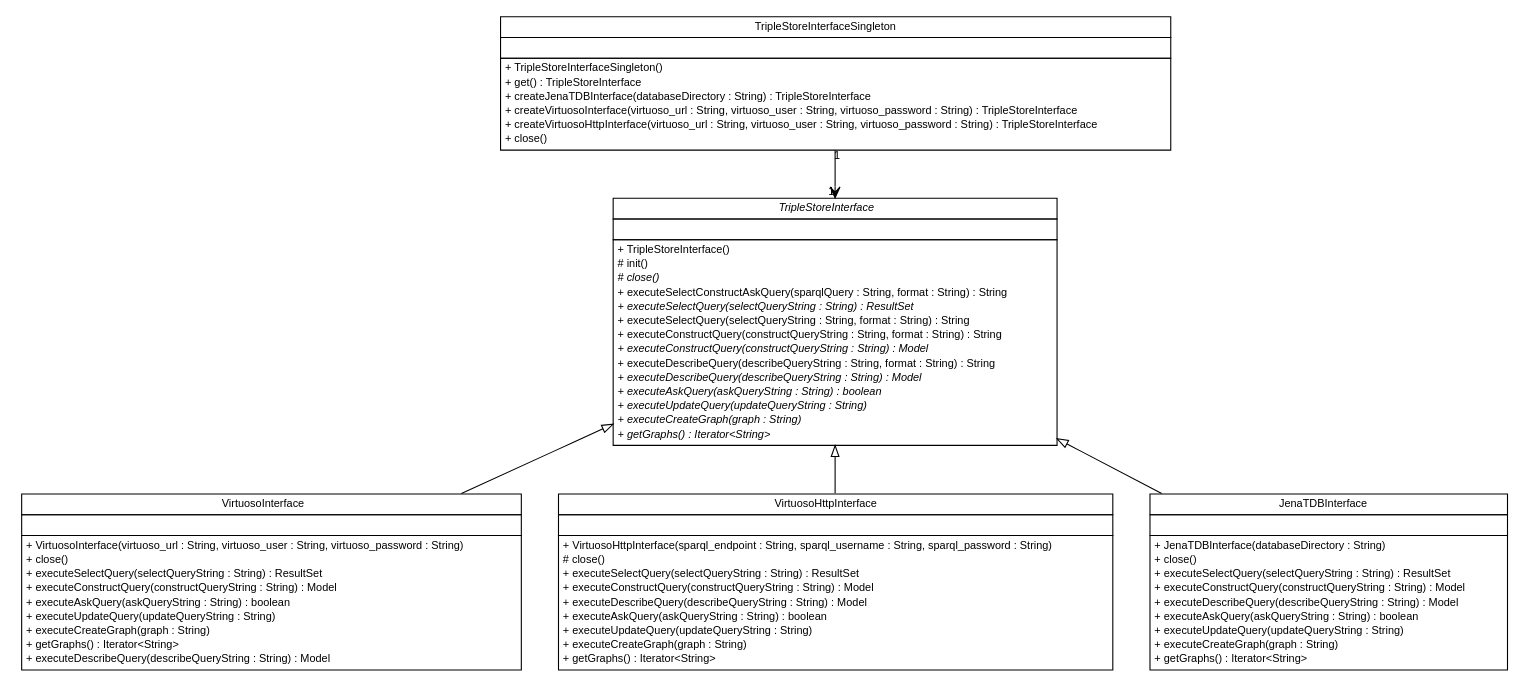
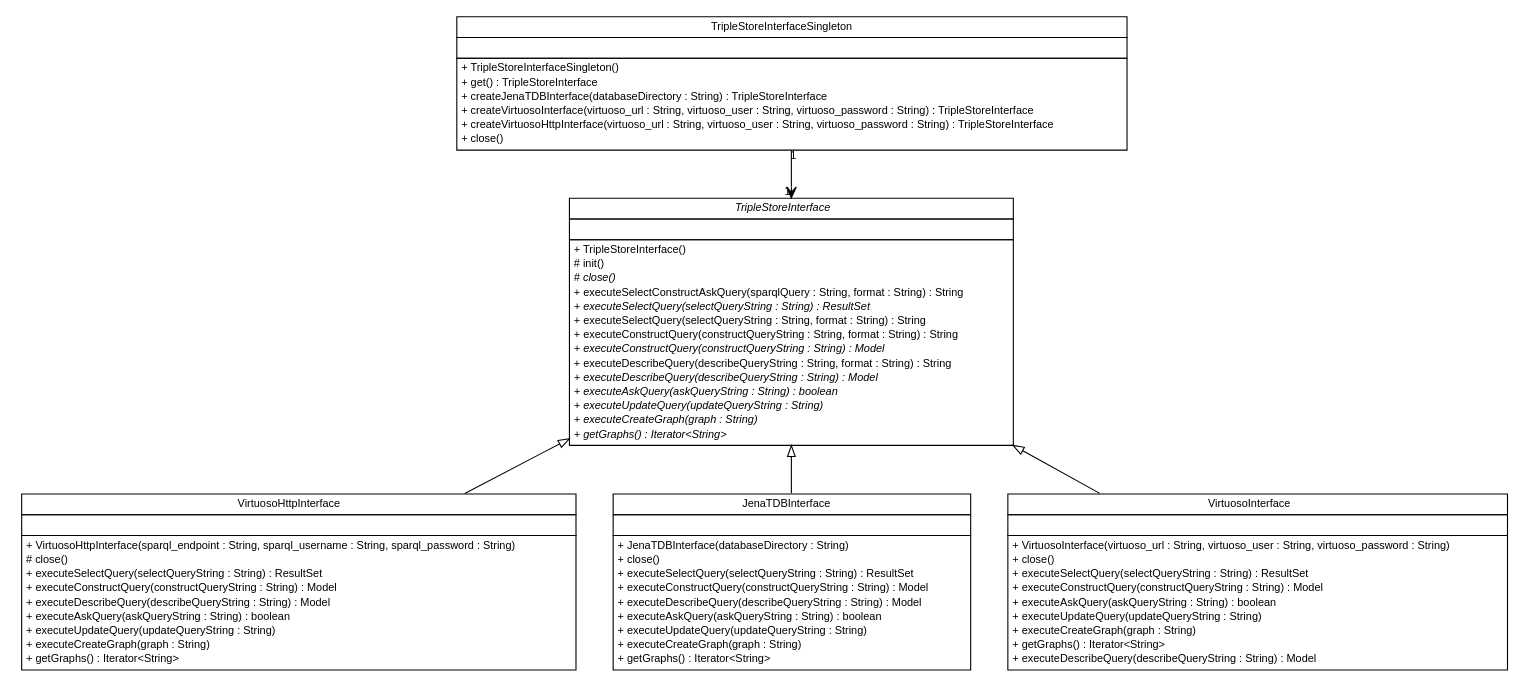
Before and after one commit to markusgraube/r43ples: the diagram in site/apidocs/de/tud/plt/r43ples/triplestoreInterface/de.tud.plt.r43ples.triplestoreInterface.dot, drawn with Graphviz. The commit also changed 338 other files, not shown here.

```diff
--- a/site/apidocs/de/tud/plt/r43ples/triplestoreInterface/de.tud.plt.r43ples.triplestoreInterface.dot
+++ b/site/apidocs/de/tud/plt/r43ples/triplestoreInterface/de.tud.plt.r43ples.triplestoreInterface.dot
@@ -9,45 +9,8 @@
 	node [fontname="Helvetica",fontsize=10,shape=plaintext];
 	nodesep=0.25;
 	ranksep=0.5;
-	// de.tud.plt.r43ples.triplestoreInterface.TripleStoreInterfaceSingleton
-	c185 [label=<<table title="de.tud.plt.r43ples.triplestoreInterface.TripleStoreInterfaceSingleton" border="0" cellborder="1" cellspacing="0" cellpadding="2" port="p" href="./TripleStoreInterfaceSingleton.html">
-		<tr><td><table border="0" cellspacing="0" cellpadding="1">
-<tr><td align="center" balign="center"> TripleStoreInterfaceSingleton </td></tr>
-		</table></td></tr>
-		<tr><td><table border="0" cellspacing="0" cellpadding="1">
-<tr><td align="left" balign="left">  </td></tr>
-		</table></td></tr>
-		<tr><td><table border="0" cellspacing="0" cellpadding="1">
-<tr><td align="left" balign="left"> + TripleStoreInterfaceSingleton() </td></tr>
-<tr><td align="left" balign="left"> + get() : TripleStoreInterface </td></tr>
-<tr><td align="left" balign="left"> + createJenaTDBInterface(databaseDirectory : String) : TripleStoreInterface </td></tr>
-<tr><td align="left" balign="left"> + createVirtuosoInterface(virtuoso_url : String, virtuoso_user : String, virtuoso_password : String) : TripleStoreInterface </td></tr>
-<tr><td align="left" balign="left"> + createVirtuosoHttpInterface(virtuoso_url : String, virtuoso_user : String, virtuoso_password : String) : TripleStoreInterface </td></tr>
-<tr><td align="left" balign="left"> + close() </td></tr>
-		</table></td></tr>
-		</table>>, URL="./TripleStoreInterfaceSingleton.html", fontname="Helvetica", fontcolor="black", fontsize=10.0];
-	// de.tud.plt.r43ples.triplestoreInterface.VirtuosoInterface
-	c186 [label=<<table title="de.tud.plt.r43ples.triplestoreInterface.VirtuosoInterface" border="0" cellborder="1" cellspacing="0" cellpadding="2" port="p" href="./VirtuosoInterface.html">
-		<tr><td><table border="0" cellspacing="0" cellpadding="1">
-<tr><td align="center" balign="center"> VirtuosoInterface </td></tr>
-		</table></td></tr>
-		<tr><td><table border="0" cellspacing="0" cellpadding="1">
-<tr><td align="left" balign="left">  </td></tr>
-		</table></td></tr>
-		<tr><td><table border="0" cellspacing="0" cellpadding="1">
-<tr><td align="left" balign="left"> + VirtuosoInterface(virtuoso_url : String, virtuoso_user : String, virtuoso_password : String) </td></tr>
-<tr><td align="left" balign="left"> + close() </td></tr>
-<tr><td align="left" balign="left"> + executeSelectQuery(selectQueryString : String) : ResultSet </td></tr>
-<tr><td align="left" balign="left"> + executeConstructQuery(constructQueryString : String) : Model </td></tr>
-<tr><td align="left" balign="left"> + executeAskQuery(askQueryString : String) : boolean </td></tr>
-<tr><td align="left" balign="left"> + executeUpdateQuery(updateQueryString : String) </td></tr>
-<tr><td align="left" balign="left"> + executeCreateGraph(graph : String) </td></tr>
-<tr><td align="left" balign="left"> + getGraphs() : Iterator&lt;String&gt; </td></tr>
-<tr><td align="left" balign="left"> + executeDescribeQuery(describeQueryString : String) : Model </td></tr>
-		</table></td></tr>
-		</table>>, URL="./VirtuosoInterface.html", fontname="Helvetica", fontcolor="black", fontsize=10.0];
 	// de.tud.plt.r43ples.triplestoreInterface.VirtuosoHttpInterface
-	c187 [label=<<table title="de.tud.plt.r43ples.triplestoreInterface.VirtuosoHttpInterface" border="0" cellborder="1" cellspacing="0" cellpadding="2" port="p" href="./VirtuosoHttpInterface.html">
+	c93 [label=<<table title="de.tud.plt.r43ples.triplestoreInterface.VirtuosoHttpInterface" border="0" cellborder="1" cellspacing="0" cellpadding="2" port="p" href="./VirtuosoHttpInterface.html">
 		<tr><td><table border="0" cellspacing="0" cellpadding="1">
 <tr><td align="center" balign="center"> VirtuosoHttpInterface </td></tr>
 		</table></td></tr>
@@ -67,7 +30,7 @@
 		</table></td></tr>
 		</table>>, URL="./VirtuosoHttpInterface.html", fontname="Helvetica", fontcolor="black", fontsize=10.0];
 	// de.tud.plt.r43ples.triplestoreInterface.JenaTDBInterface
-	c188 [label=<<table title="de.tud.plt.r43ples.triplestoreInterface.JenaTDBInterface" border="0" cellborder="1" cellspacing="0" cellpadding="2" port="p" href="./JenaTDBInterface.html">
+	c94 [label=<<table title="de.tud.plt.r43ples.triplestoreInterface.JenaTDBInterface" border="0" cellborder="1" cellspacing="0" cellpadding="2" port="p" href="./JenaTDBInterface.html">
 		<tr><td><table border="0" cellspacing="0" cellpadding="1">
 <tr><td align="center" balign="center"> JenaTDBInterface </td></tr>
 		</table></td></tr>
@@ -86,8 +49,45 @@
 <tr><td align="left" balign="left"> + getGraphs() : Iterator&lt;String&gt; </td></tr>
 		</table></td></tr>
 		</table>>, URL="./JenaTDBInterface.html", fontname="Helvetica", fontcolor="black", fontsize=10.0];
+	// de.tud.plt.r43ples.triplestoreInterface.VirtuosoInterface
+	c95 [label=<<table title="de.tud.plt.r43ples.triplestoreInterface.VirtuosoInterface" border="0" cellborder="1" cellspacing="0" cellpadding="2" port="p" href="./VirtuosoInterface.html">
+		<tr><td><table border="0" cellspacing="0" cellpadding="1">
+<tr><td align="center" balign="center"> VirtuosoInterface </td></tr>
+		</table></td></tr>
+		<tr><td><table border="0" cellspacing="0" cellpadding="1">
+<tr><td align="left" balign="left">  </td></tr>
+		</table></td></tr>
+		<tr><td><table border="0" cellspacing="0" cellpadding="1">
+<tr><td align="left" balign="left"> + VirtuosoInterface(virtuoso_url : String, virtuoso_user : String, virtuoso_password : String) </td></tr>
+<tr><td align="left" balign="left"> + close() </td></tr>
+<tr><td align="left" balign="left"> + executeSelectQuery(selectQueryString : String) : ResultSet </td></tr>
+<tr><td align="left" balign="left"> + executeConstructQuery(constructQueryString : String) : Model </td></tr>
+<tr><td align="left" balign="left"> + executeAskQuery(askQueryString : String) : boolean </td></tr>
+<tr><td align="left" balign="left"> + executeUpdateQuery(updateQueryString : String) </td></tr>
+<tr><td align="left" balign="left"> + executeCreateGraph(graph : String) </td></tr>
+<tr><td align="left" balign="left"> + getGraphs() : Iterator&lt;String&gt; </td></tr>
+<tr><td align="left" balign="left"> + executeDescribeQuery(describeQueryString : String) : Model </td></tr>
+		</table></td></tr>
+		</table>>, URL="./VirtuosoInterface.html", fontname="Helvetica", fontcolor="black", fontsize=10.0];
+	// de.tud.plt.r43ples.triplestoreInterface.TripleStoreInterfaceSingleton
+	c96 [label=<<table title="de.tud.plt.r43ples.triplestoreInterface.TripleStoreInterfaceSingleton" border="0" cellborder="1" cellspacing="0" cellpadding="2" port="p" href="./TripleStoreInterfaceSingleton.html">
+		<tr><td><table border="0" cellspacing="0" cellpadding="1">
+<tr><td align="center" balign="center"> TripleStoreInterfaceSingleton </td></tr>
+		</table></td></tr>
+		<tr><td><table border="0" cellspacing="0" cellpadding="1">
+<tr><td align="left" balign="left">  </td></tr>
+		</table></td></tr>
+		<tr><td><table border="0" cellspacing="0" cellpadding="1">
+<tr><td align="left" balign="left"> + TripleStoreInterfaceSingleton() </td></tr>
+<tr><td align="left" balign="left"> + get() : TripleStoreInterface </td></tr>
+<tr><td align="left" balign="left"> + createJenaTDBInterface(databaseDirectory : String) : TripleStoreInterface </td></tr>
+<tr><td align="left" balign="left"> + createVirtuosoInterface(virtuoso_url : String, virtuoso_user : String, virtuoso_password : String) : TripleStoreInterface </td></tr>
+<tr><td align="left" balign="left"> + createVirtuosoHttpInterface(virtuoso_url : String, virtuoso_user : String, virtuoso_password : String) : TripleStoreInterface </td></tr>
+<tr><td align="left" balign="left"> + close() </td></tr>
+		</table></td></tr>
+		</table>>, URL="./TripleStoreInterfaceSingleton.html", fontname="Helvetica", fontcolor="black", fontsize=10.0];
 	// de.tud.plt.r43ples.triplestoreInterface.TripleStoreInterface
-	c189 [label=<<table title="de.tud.plt.r43ples.triplestoreInterface.TripleStoreInterface" border="0" cellborder="1" cellspacing="0" cellpadding="2" port="p" href="./TripleStoreInterface.html">
+	c97 [label=<<table title="de.tud.plt.r43ples.triplestoreInterface.TripleStoreInterface" border="0" cellborder="1" cellspacing="0" cellpadding="2" port="p" href="./TripleStoreInterface.html">
 		<tr><td><table border="0" cellspacing="0" cellpadding="1">
 <tr><td align="center" balign="center"><font face="Helvetica-Oblique"> TripleStoreInterface </font></td></tr>
 		</table></td></tr>
@@ -111,12 +111,12 @@
 <tr><td align="left" balign="left"><font face="Helvetica-Oblique" point-size="10.0"> + getGraphs() : Iterator&lt;String&gt; </font></td></tr>
 		</table></td></tr>
 		</table>>, URL="./TripleStoreInterface.html", fontname="Helvetica", fontcolor="black", fontsize=10.0];
+	//de.tud.plt.r43ples.triplestoreInterface.VirtuosoHttpInterface extends de.tud.plt.r43ples.triplestoreInterface.TripleStoreInterface
+	c97:p -> c93:p [dir=back,arrowtail=empty];
+	//de.tud.plt.r43ples.triplestoreInterface.JenaTDBInterface extends de.tud.plt.r43ples.triplestoreInterface.TripleStoreInterface
+	c97:p -> c94:p [dir=back,arrowtail=empty];
+	//de.tud.plt.r43ples.triplestoreInterface.VirtuosoInterface extends de.tud.plt.r43ples.triplestoreInterface.TripleStoreInterface
+	c97:p -> c95:p [dir=back,arrowtail=empty];
 	// de.tud.plt.r43ples.triplestoreInterface.TripleStoreInterfaceSingleton NAVASSOC de.tud.plt.r43ples.triplestoreInterface.TripleStoreInterface
-	c185:p -> c189:p [taillabel="1", label="", headlabel="1", fontname="Helvetica", fontcolor="black", fontsize=10.0, color="black", arrowhead=open];
-	//de.tud.plt.r43ples.triplestoreInterface.VirtuosoInterface extends de.tud.plt.r43ples.triplestoreInterface.TripleStoreInterface
-	c189:p -> c186:p [dir=back,arrowtail=empty];
-	//de.tud.plt.r43ples.triplestoreInterface.VirtuosoHttpInterface extends de.tud.plt.r43ples.triplestoreInterface.TripleStoreInterface
-	c189:p -> c187:p [dir=back,arrowtail=empty];
-	//de.tud.plt.r43ples.triplestoreInterface.JenaTDBInterface extends de.tud.plt.r43ples.triplestoreInterface.TripleStoreInterface
-	c189:p -> c188:p [dir=back,arrowtail=empty];
+	c96:p -> c97:p [taillabel="1", label="", headlabel="1", fontname="Helvetica", fontcolor="black", fontsize=10.0, color="black", arrowhead=open];
 }
```
